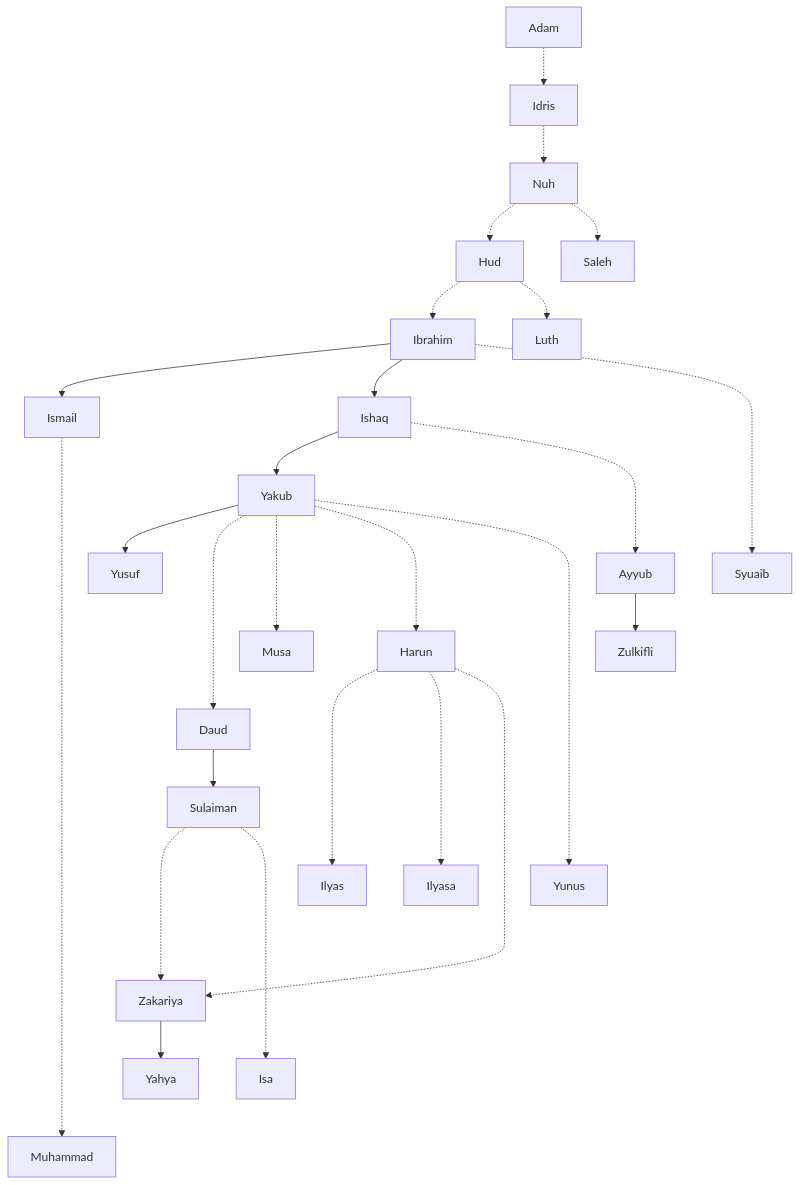
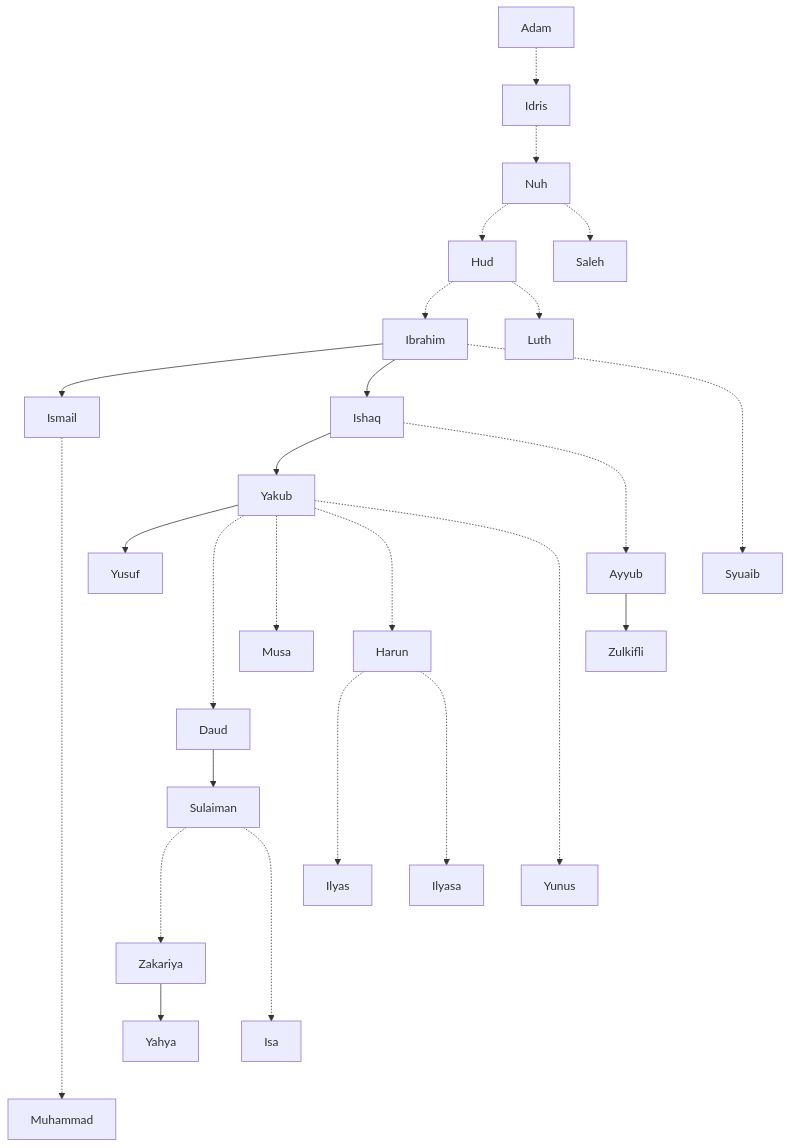
One commit to bagustris/kisah-nabi changed the diagram in index.md. Above: the diagram before and after it, drawn with Mermaid.

````diff
--- a/index.md
+++ b/index.md
@@ -9,54 +9,53 @@
 ```mermaid
 graph TD
     Adam -.-> Idris
     Idris -.-> Nuh
     Nuh -.-> Hud
     Nuh -.-> Saleh
     Hud -.-> Ibrahim
     Hud -.-> Luth
     Ibrahim --> Ismail
     Ibrahim --> Ishaq
     Ishaq --> Yakub
     Yakub --> Yusuf
     Ishaq -..-> Ayyub
     Ibrahim -...-> Syuaib
     Ayyub --> Zulkifli
     Yakub -...-> Daud
     Yakub -..-> Musa
     Yakub -..-> Harun
     Daud --> Sulaiman
     Sulaiman -..-> Zakariya
-    Sulaiman -....-> Isa
+    Sulaiman -...-> Isa
     Harun -...-> Ilyas
     Harun -...-> Ilyasa
-    Harun -.....-> Zakariya
     Yakub -.....-> Yunus
     Zakariya --> Yahya
-    Ismail -..........-> Muhammad
+    Ismail -.........-> Muhammad
 
     click Adam href "https://bagustris.github.io/kisah-nabi/adam"
     click Idris href "https://bagustris.github.io/kisah-nabi/idris"
     click Nuh href "https://bagustris.github.io/kisah-nabi/nuh"
     click Hud href "https://bagustris.github.io/kisah-nabi/hud"
     click Saleh href "https://bagustris.github.io/kisah-nabi/saleh"
     click Ibrahim href "https://bagustris.github.io/kisah-nabi/ibrahim"
     click Luth href "https://bagustris.github.io/kisah-nabi/luth"
     click Ismail href "https://bagustris.github.io/kisah-nabi/ismail"
     click Ishaq href "https://bagustris.github.io/kisah-nabi/ishaq"
     click Yakub href "https://bagustris.github.io/kisah-nabi/yakub"
     click Yusuf href "https://bagustris.github.io/kisah-nabi/yusuf"
     click Ayyub href "https://bagustris.github.io/kisah-nabi/ayyub"
     click Syuaib href "https://bagustris.github.io/kisah-nabi/syuaib"
     click Musa href "https://bagustris.github.io/kisah-nabi/musa"
     click Harun href "https://bagustris.github.io/kisah-nabi/harun"
     click Zulkifli href "https://bagustris.github.io/kisah-nabi/zulkifli"
     click Daud href "https://bagustris.github.io/kisah-nabi/daud"
     click Sulaiman href "https://bagustris.github.io/kisah-nabi/sulaiman"
     click Ilyas href "https://bagustris.github.io/kisah-nabi/ilyas"
     click Ilyasa href "https://bagustris.github.io/kisah-nabi/ilyasa"
     click Yunus href "https://bagustris.github.io/kisah-nabi/yunus"
     click Zakariya href "https://bagustris.github.io/kisah-nabi/zakariya"
     click Yahya href "https://bagustris.github.io/kisah-nabi/yahya"
     click Isa href "https://bagustris.github.io/kisah-nabi/isa"
     click Muhammad href "https://bagustris.github.io/kisah-nabi/muhammad"
 ```
````
